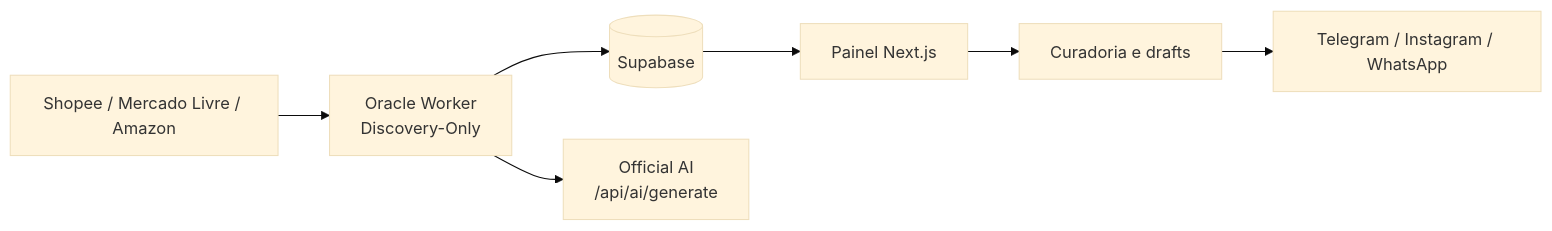
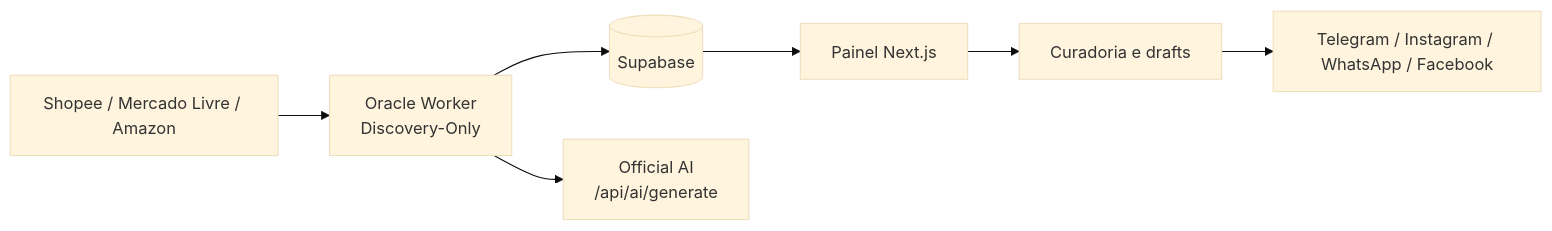
Before and after one commit to Andrejr82/Caca_OfertaOficial: the diagram in README.md, drawn with Mermaid (base theme). The commit also changed other lines of this file, not shown here.

````diff
--- a/README.md
+++ b/README.md
@@ -9,9 +11,9 @@
 ```mermaid
 flowchart LR
   A["Shopee / Mercado Livre / Amazon"] --> B["Oracle Worker\nDiscovery-Only"]
   B --> C[("Supabase")]
   B --> D["Official AI\n/api/ai/generate"]
   C --> E["Painel Next.js"]
   E --> F["Curadoria e drafts"]
-  F --> G["Telegram / Instagram / WhatsApp"]
+  F --> G["Telegram / Instagram / WhatsApp / Facebook"]
 ```
````
